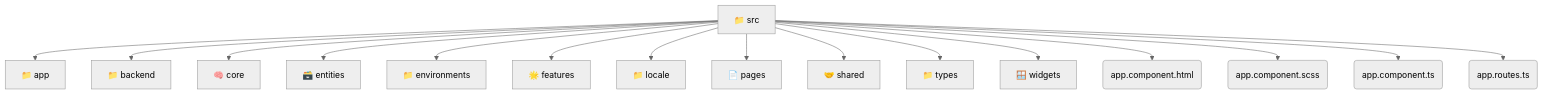
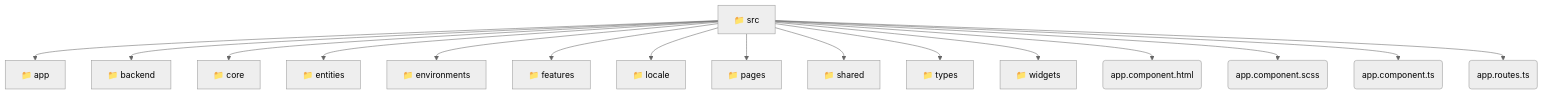
Before and after one commit to beginwebdev2002/fullstack-mavluda: the diagram in frontend/src/README.md, drawn with Mermaid (neutral theme). The commit also changed other lines of this file and 155 other files, not shown here.

````diff
--- a/frontend/src/README.md
+++ b/frontend/src/README.md
@@ -9,19 +9,19 @@
 ```mermaid
 graph TD
   src[📁 src]
-  src --> app[📁 app]
-  src --> backend[📁 backend]
-  src --> core[🧠 core]
-  src --> entities[🗃️ entities]
-  src --> environments[📁 environments]
-  src --> features[🌟 features]
-  src --> locale[📁 locale]
-  src --> pages[📄 pages]
-  src --> shared[🤝 shared]
-  src --> types[📁 types]
-  src --> widgets[🪟 widgets]
-  src --> app_component_html(app.component.html)
-  src --> app_component_scss(app.component.scss)
-  src --> app_component_ts(app.component.ts)
-  src --> app_routes_ts(app.routes.ts)
+  src --> src_app[📁 app]
+  src --> src_backend[📁 backend]
+  src --> src_core[📁 core]
+  src --> src_entities[📁 entities]
+  src --> src_environments[📁 environments]
+  src --> src_features[📁 features]
+  src --> src_locale[📁 locale]
+  src --> src_pages[📁 pages]
+  src --> src_shared[📁 shared]
+  src --> src_types[📁 types]
+  src --> src_widgets[📁 widgets]
+  src --> src_app_component_html(app.component.html)
+  src --> src_app_component_scss(app.component.scss)
+  src --> src_app_component_ts(app.component.ts)
+  src --> src_app_routes_ts(app.routes.ts)
 ```
````
